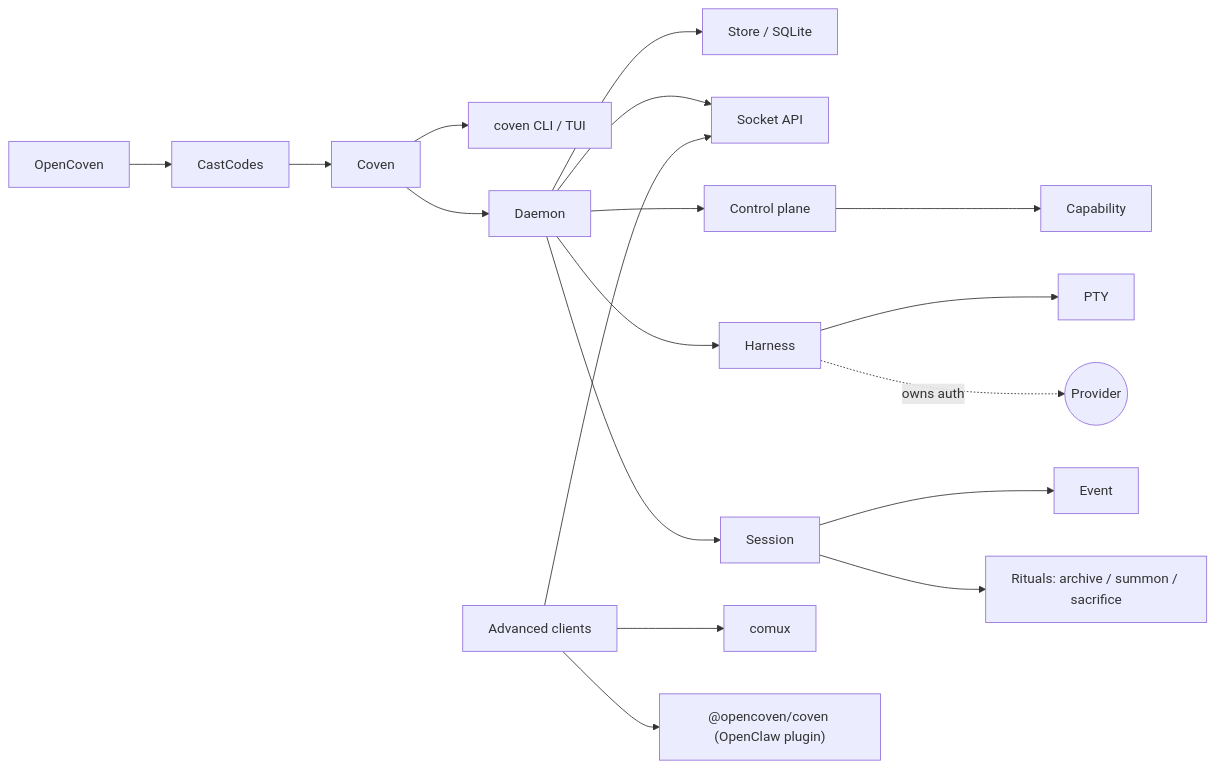
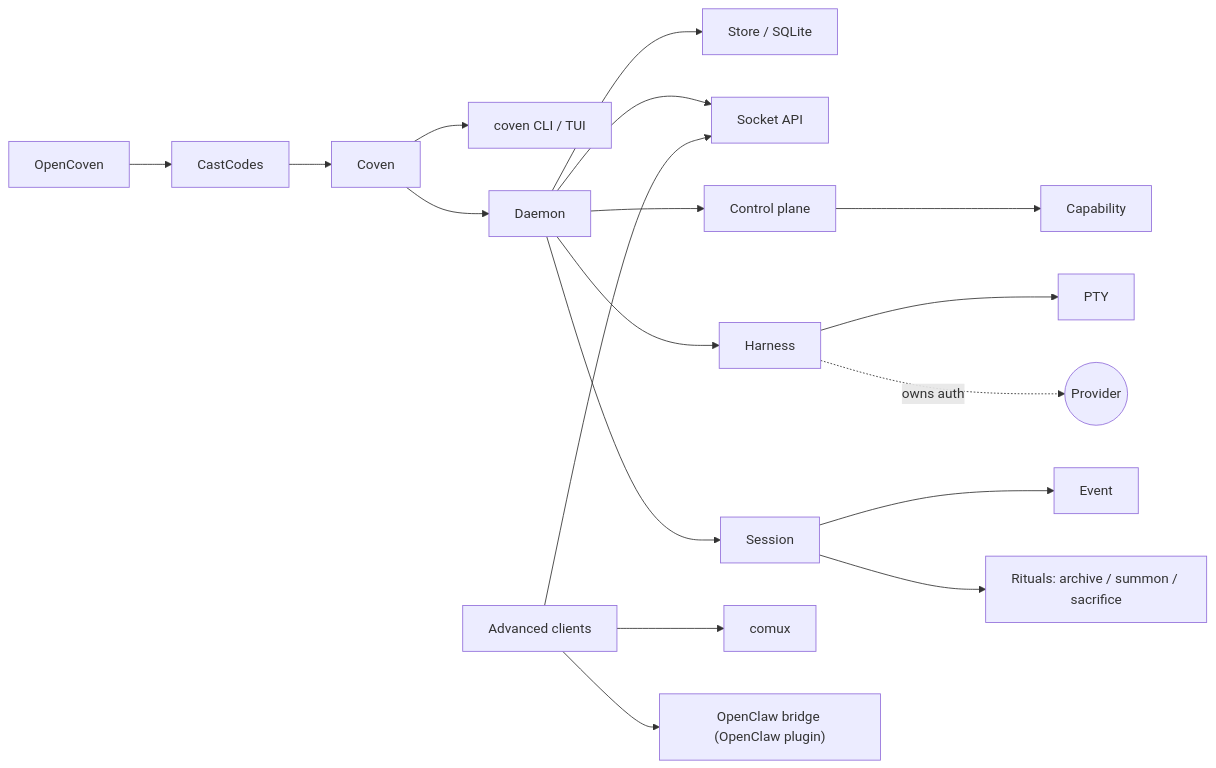
The diagram in docs/GLOSSARY.md (OpenCoven/coven), drawn with Mermaid before and after one commit. The commit also changed other lines of this file and 48 other files, not shown here.

````diff
--- a/docs/GLOSSARY.md
+++ b/docs/GLOSSARY.md
@@ -14,20 +14,20 @@
 ```mermaid
 flowchart LR
   OpenCoven[OpenCoven] --> CastCodes[CastCodes]
   CastCodes --> Coven[Coven]
   Coven --> CLI[coven CLI / TUI]
   Coven --> Daemon[Daemon]
   Daemon --> Store[Store / SQLite]
   Daemon --> SocketAPI[Socket API]
   Daemon --> ControlPlane[Control plane]
   ControlPlane --> Capability[Capability]
   Daemon --> Harness[Harness]
   Harness --> PTY[PTY]
   Harness -.->|owns auth| Provider((Provider))
   Daemon --> Session[Session]
   Session --> Event[Event]
   Session --> Ritual[Rituals: archive / summon / sacrifice]
   Client[Advanced clients] --> SocketAPI
   Client --> Comux[comux]
-  Client --> Plugin["@opencoven/coven (OpenClaw plugin)"]
+  Client --> Plugin["OpenClaw bridge (OpenClaw plugin)"]
 ```
````
